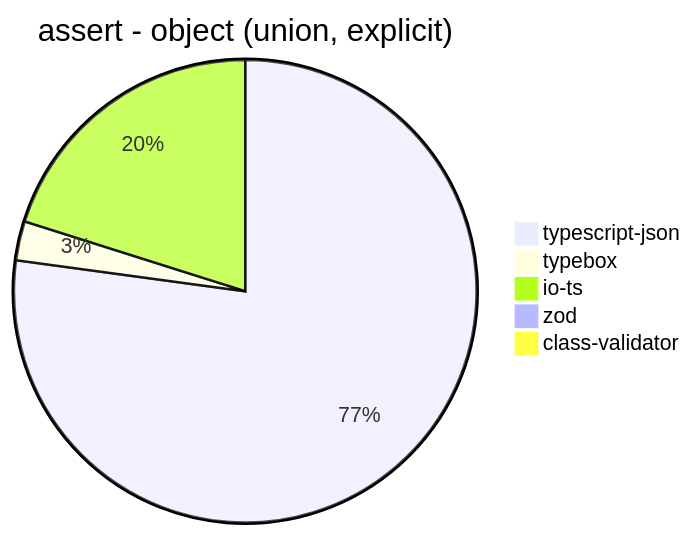
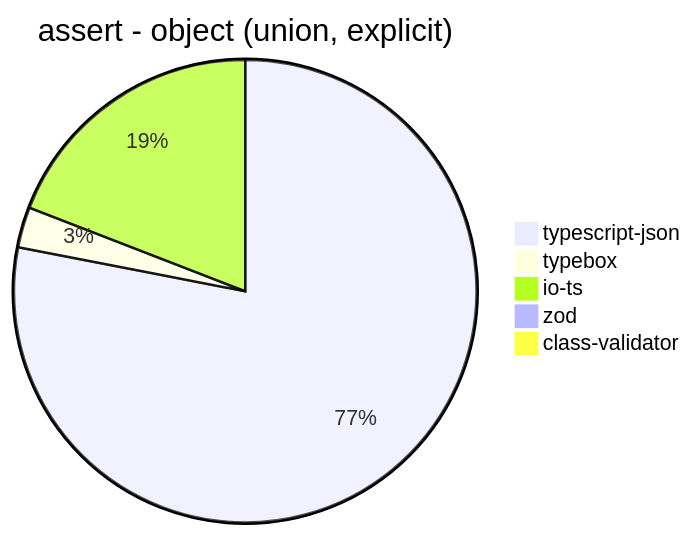
Before and after one commit to samchon/typia: diagram 11 of 39 in benchmark/results/AMD Ryzen 7 5800H with Radeon Graphics.md, drawn with Mermaid. The commit also changed other lines of this file and 3 other files, not shown here.

````diff
--- a/benchmark/results/AMD Ryzen 7 5800H with Radeon Graphics.md
+++ b/benchmark/results/AMD Ryzen 7 5800H with Radeon Graphics.md
@@ -146,8 +146,8 @@
 ```mermaid
 pie title assert - object (union, explicit)
-  "typescript-json": 4945.706371191136
-  "typebox": 175.7847533632287
-  "io-ts": 1290.1314571375672
-  "zod": 34.43900670654341
-  "class-validator": 15.651201788708775
+  "typescript-json": 4750
+  "typebox": 171.99061541238044
+  "io-ts": 1163.6195752539243
+  "zod": 34.35537495382342
+  "class-validator": 16.03391079985256
 ```
````
